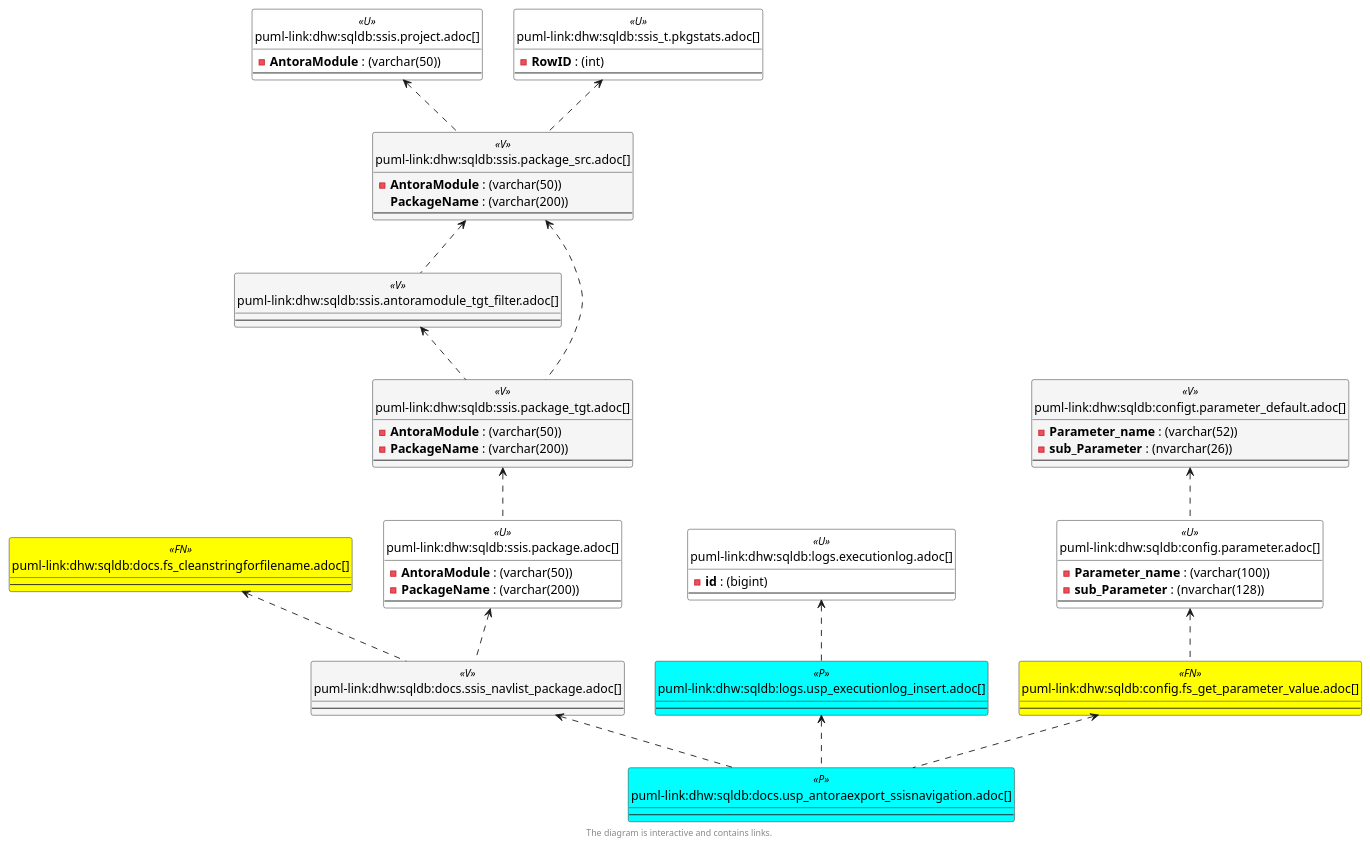
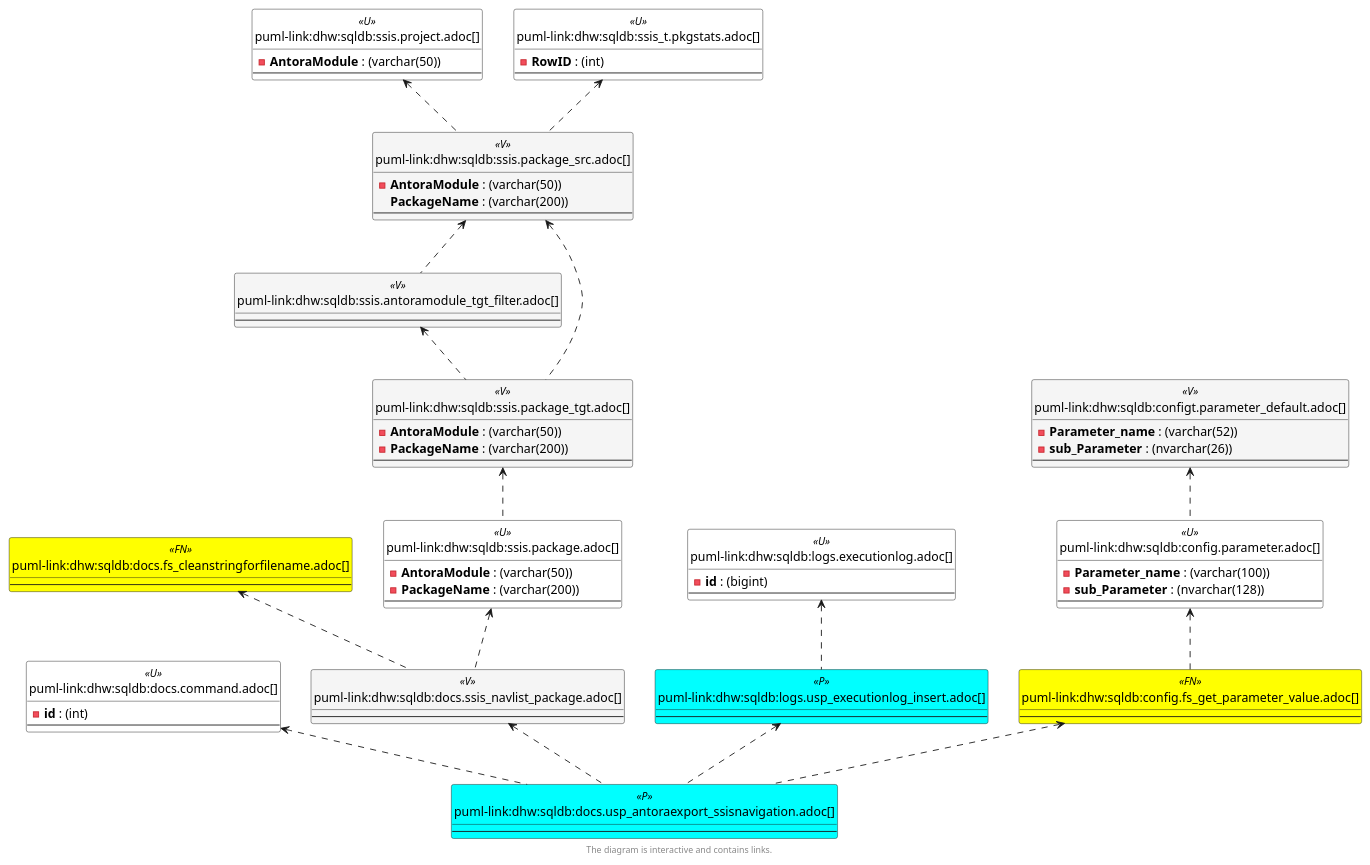
The fourth of 6 diagrams in docs/modules/sqldb/partials/content/docs.usp_antoraexport_ssisnavigation.adoc (DataHandwerk/dhw-antora-sqldb), drawn with PlantUML before and after one commit. The commit also changed other lines of this file and 701 other files, not shown here.

```diff
--- a/docs/modules/sqldb/partials/content/docs.usp_antoraexport_ssisnavigation.adoc
+++ b/docs/modules/sqldb/partials/content/docs.usp_antoraexport_ssisnavigation.adoc
@@ -730,6 +742,11 @@
 entity "puml-link:dhw:sqldb:configt.parameter_default.adoc[]" as configT.Parameter_default << V >> {
   - **Parameter_name** : (varchar(52))
   - **sub_Parameter** : (nvarchar(26))
+  --
+}
+
+entity "puml-link:dhw:sqldb:docs.command.adoc[]" as docs.command << U >> {
+  - **id** : (int)
   --
 }
 
@@ -789,14 +806,15 @@
 config.fs_get_parameter_value <.. docs.usp_AntoraExport_SsisNavigation
 config.Parameter <.. config.fs_get_parameter_value
 configT.Parameter_default <.. config.Parameter
+docs.command <.. docs.usp_AntoraExport_SsisNavigation
 docs.fs_cleanStringForFilename <.. docs.ssis_navlist_package
 docs.ssis_navlist_package <.. docs.usp_AntoraExport_SsisNavigation
 logs.ExecutionLog <.. logs.usp_ExecutionLog_insert
 logs.usp_ExecutionLog_insert <.. docs.usp_AntoraExport_SsisNavigation
 ssis.AntoraModule_tgt_filter <.. ssis.Package_tgt
 ssis.Package <.. docs.ssis_navlist_package
+ssis.Package_src <.. ssis.AntoraModule_tgt_filter
 ssis.Package_src <.. ssis.Package_tgt
-ssis.Package_src <.. ssis.AntoraModule_tgt_filter
 ssis.Package_tgt <.. ssis.Package
 ssis.Project <.. ssis.Package_src
 ssis_t.pkgStats <.. ssis.Package_src
```
